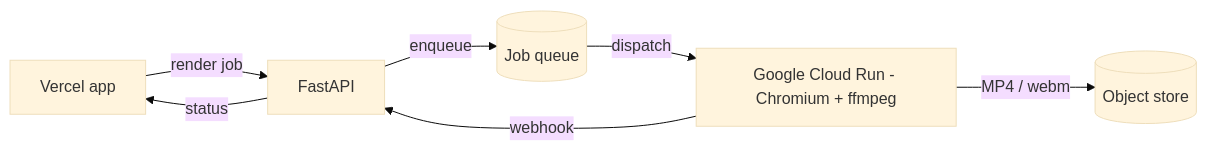
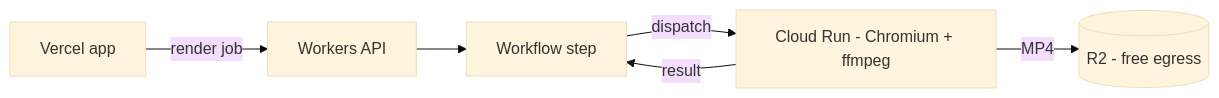
Before and after one commit to noah-sheldon/contentforge: the fourth of 5 diagrams in PLAN.md, drawn with Mermaid (base theme). The commit also changed other lines of this file and 3 other files, not shown here.

First line of the commit message:
docs: HLD + LLD — Cloudflare-first architecture, decided stack

````diff
--- a/PLAN.md
+++ b/PLAN.md
@@ -72,9 +81,8 @@
 ```mermaid
 flowchart LR
-    APP[Vercel app] -->|render job| API[FastAPI]
-    API -->|enqueue| QUEUE[(Job queue)]
-    QUEUE -->|dispatch| CR[Google Cloud Run - Chromium + ffmpeg]
-    CR -->|MP4 / webm| OBJ[(Object store)]
-    CR -->|webhook| API
-    API -->|status| APP
+    APP[Vercel app] -->|render job| API[Workers API]
+    API --> WF[Workflow step]
+    WF -->|dispatch| CR[Cloud Run - Chromium + ffmpeg]
+    CR -->|MP4| R2[(R2 - free egress)]
+    CR -->|result| WF
 ```
````
